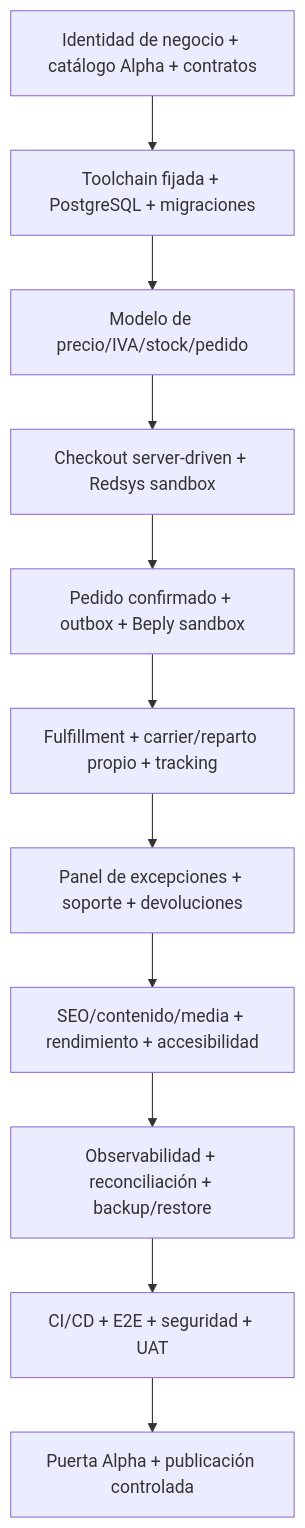
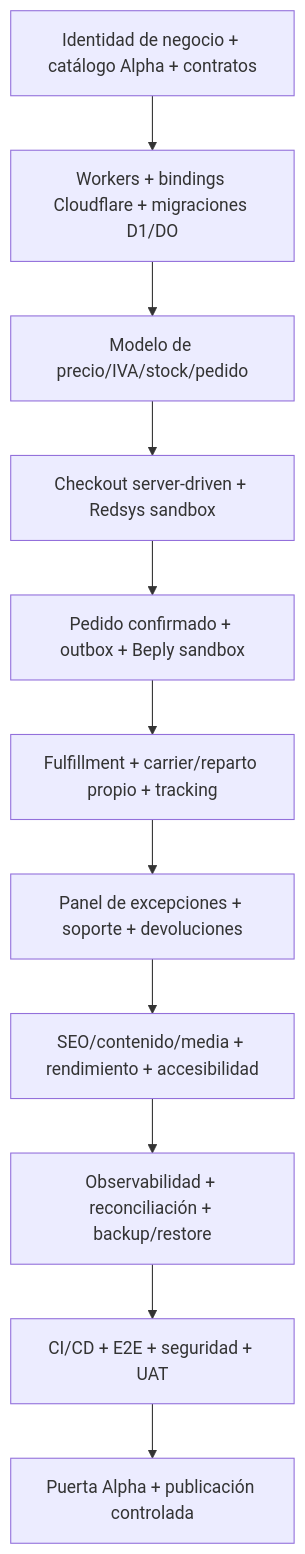
One commit to tonomolla6/neteco changed the third of 3 diagrams in INFORME_MAESTRO_NETECO_PRODUCCION.md. Above: the diagram before and after it, drawn with Mermaid. The commit also changed other lines of this file, not shown here.

Commit message:
docs: adapt production roadmap to Cloudflare

````diff
--- a/INFORME_MAESTRO_NETECO_PRODUCCION.md
+++ b/INFORME_MAESTRO_NETECO_PRODUCCION.md
@@ -1775,13 +1838,13 @@
 ```mermaid
 flowchart TD
-    A[Identidad de negocio + catálogo Alpha + contratos] --> B[Toolchain fijada + PostgreSQL + migraciones]
+    A[Identidad de negocio + catálogo Alpha + contratos] --> B[Workers + bindings Cloudflare + migraciones D1/DO]
     B --> C[Modelo de precio/IVA/stock/pedido]
     C --> D[Checkout server-driven + Redsys sandbox]
     D --> E[Pedido confirmado + outbox + Beply sandbox]
     E --> F[Fulfillment + carrier/reparto propio + tracking]
     F --> G[Panel de excepciones + soporte + devoluciones]
     G --> H[SEO/contenido/media + rendimiento + accesibilidad]
     H --> I[Observabilidad + reconciliación + backup/restore]
     I --> J[CI/CD + E2E + seguridad + UAT]
     J --> K[Puerta Alpha + publicación controlada]
 ```
````
